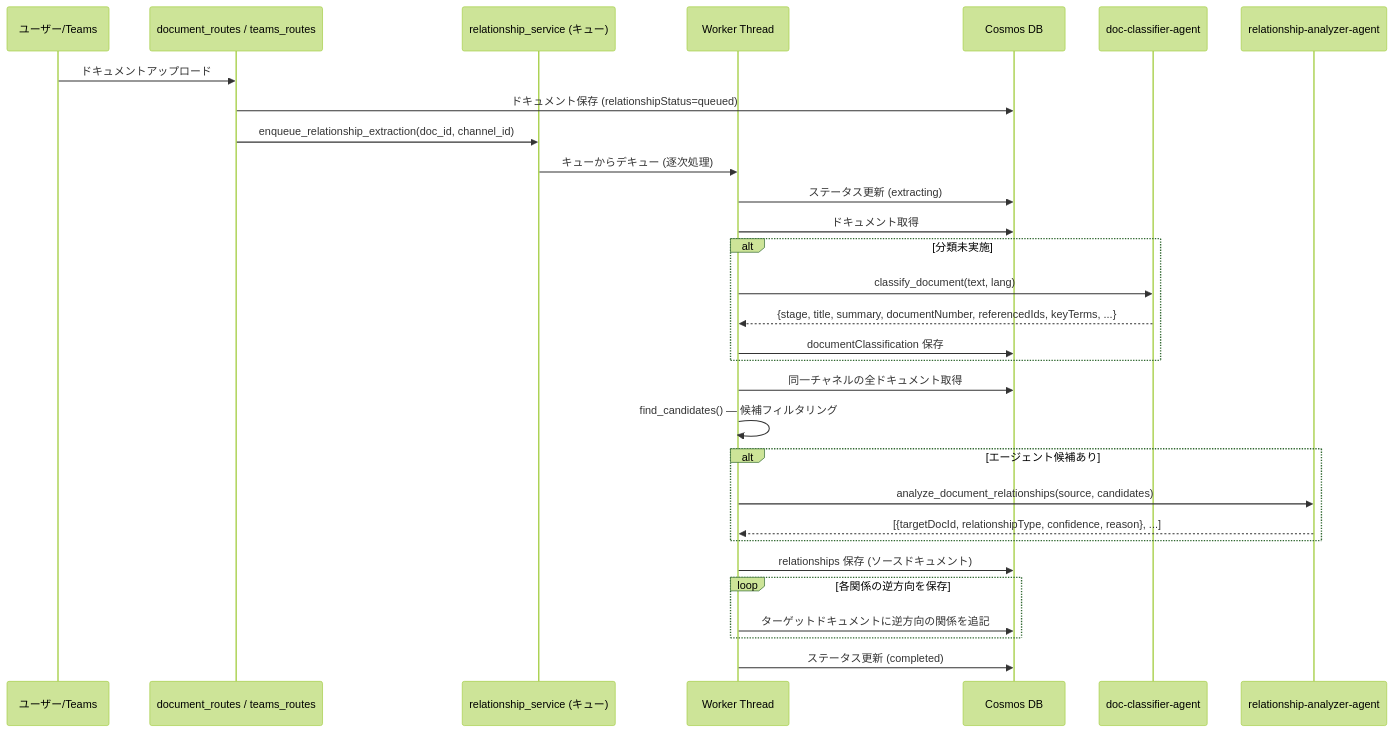
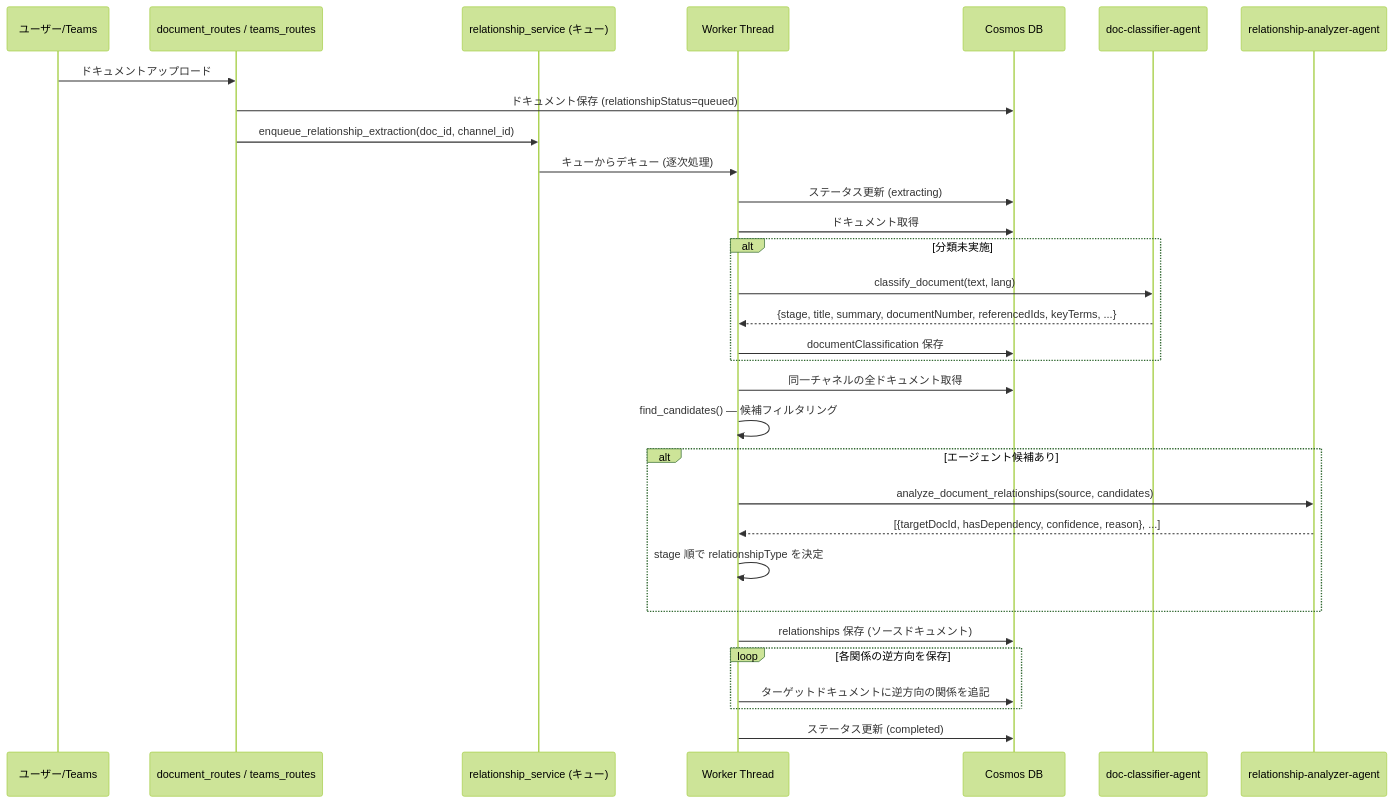
One commit to hatasaki/Manufacturing-Intelligent-Document-Management changed the first of 16 diagrams in docs/RELATIONSHIP_SPEC.md. Above: the diagram before and after it, drawn with Mermaid (forest theme). The commit also changed other lines of this file and 6 other files, not shown here.

````diff
--- a/docs/RELATIONSHIP_SPEC.md
+++ b/docs/RELATIONSHIP_SPEC.md
@@ -34,39 +34,40 @@
 ```mermaid
 sequenceDiagram
     participant User as ユーザー/Teams
     participant Routes as document_routes / teams_routes
     participant Queue as relationship_service (キュー)
     participant Worker as Worker Thread
     participant Cosmos as Cosmos DB
     participant Classifier as doc-classifier-agent
     participant Analyzer as relationship-analyzer-agent
 
     User->>Routes: ドキュメントアップロード
     Routes->>Cosmos: ドキュメント保存 (relationshipStatus=queued)
     Routes->>Queue: enqueue_relationship_extraction(doc_id, channel_id)
     Queue->>Worker: キューからデキュー (逐次処理)
     Worker->>Cosmos: ステータス更新 (extracting)
     Worker->>Cosmos: ドキュメント取得
     
     alt 分類未実施
         Worker->>Classifier: classify_document(text, lang)
         Classifier-->>Worker: {stage, title, summary, documentNumber, referencedIds, keyTerms, ...}
         Worker->>Cosmos: documentClassification 保存
     end
 
     Worker->>Cosmos: 同一チャネルの全ドキュメント取得
     Worker->>Worker: find_candidates() — 候補フィルタリング
     
     alt エージェント候補あり
         Worker->>Analyzer: analyze_document_relationships(source, candidates)
-        Analyzer-->>Worker: [{targetDocId, relationshipType, confidence, reason}, ...]
+        Analyzer-->>Worker: [{targetDocId, hasDependency, confidence, reason}, ...]
+        Worker->>Worker: stage 順で relationshipType を決定
     end
     
     Worker->>Cosmos: relationships 保存 (ソースドキュメント)
     
     loop 各関係の逆方向を保存
         Worker->>Cosmos: ターゲットドキュメントに逆方向の関係を追記
     end
     
     Worker->>Cosmos: ステータス更新 (completed)
 ```
````
